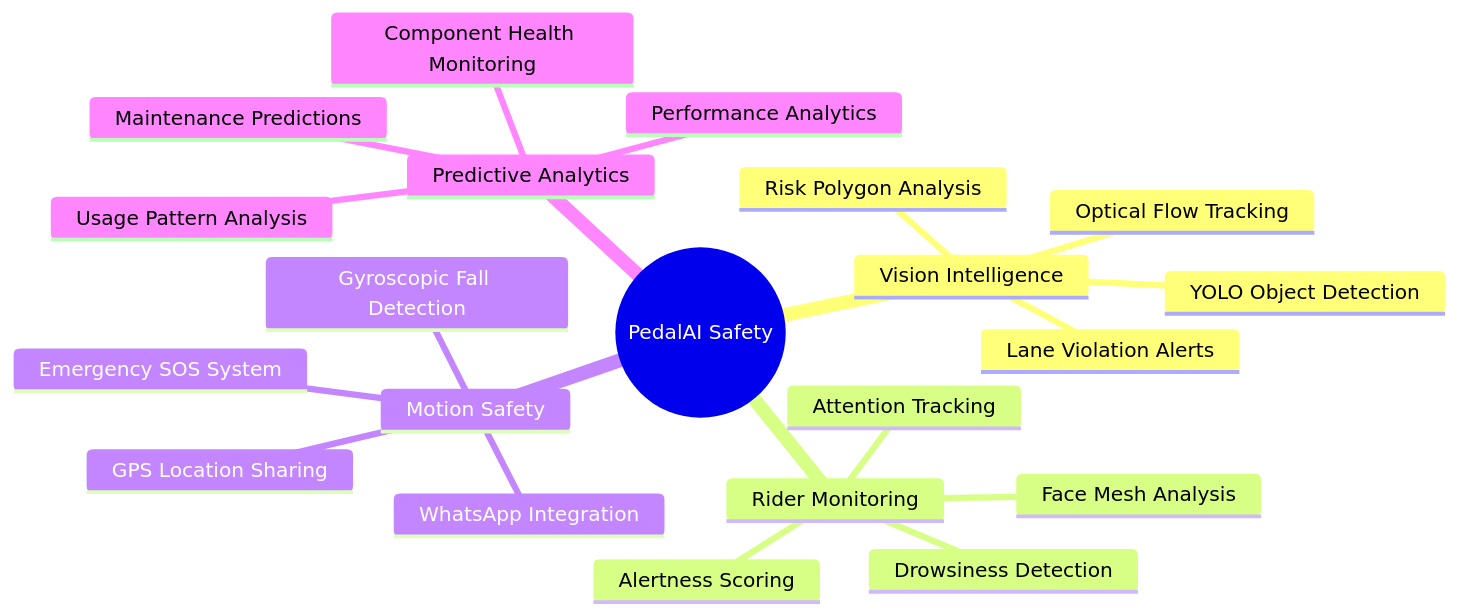
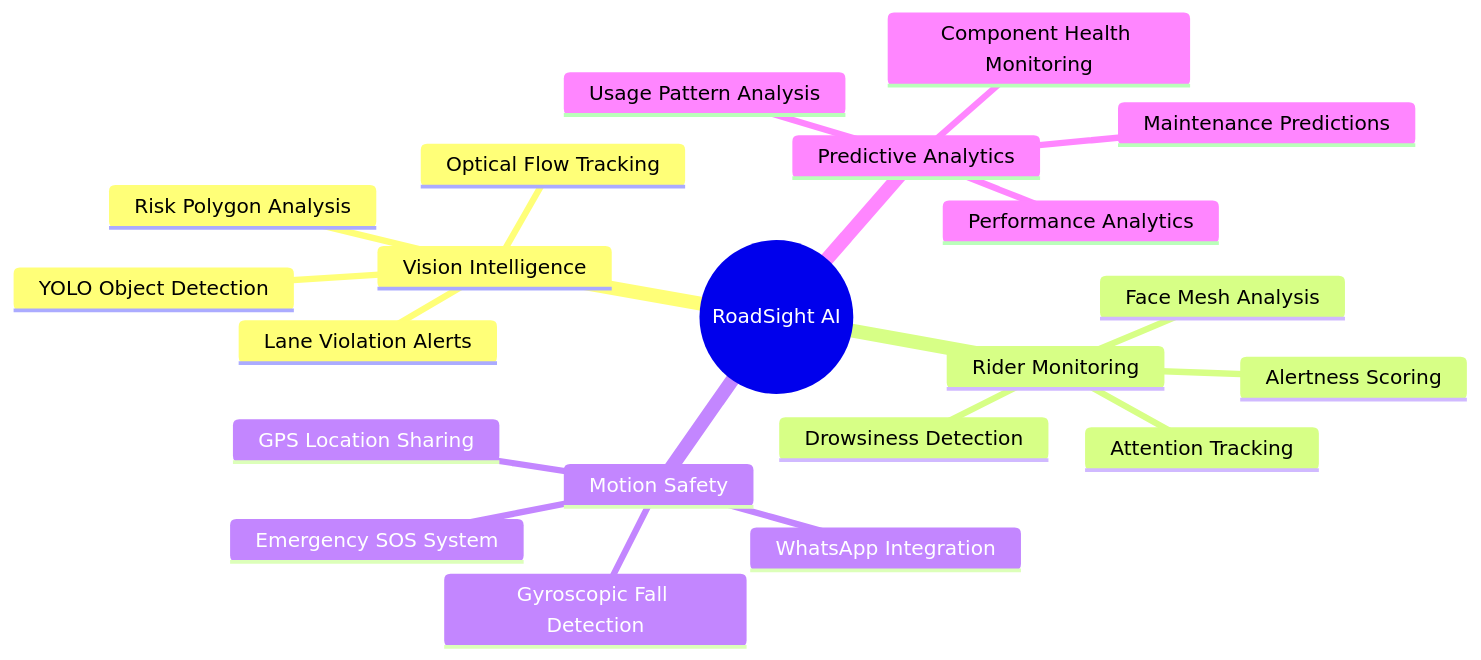
One commit to Kevalshah91/1of1-Detect changed the first of 4 diagrams in README.md. Above: the diagram before and after it, drawn with Mermaid.

````diff
--- a/README.md
+++ b/README.md
@@ -29,24 +29,24 @@
 ```mermaid
 mindmap
-  root((PedalAI Safety))
+  root((RoadSight AI))
     Vision Intelligence
       YOLO Object Detection
       Risk Polygon Analysis
       Optical Flow Tracking
       Lane Violation Alerts
     Rider Monitoring
       Face Mesh Analysis
       Drowsiness Detection
       Attention Tracking
       Alertness Scoring
     Motion Safety
       Gyroscopic Fall Detection
       Emergency SOS System
       WhatsApp Integration
       GPS Location Sharing
     Predictive Analytics
       Component Health Monitoring
       Maintenance Predictions
       Performance Analytics
       Usage Pattern Analysis
 ```
````
